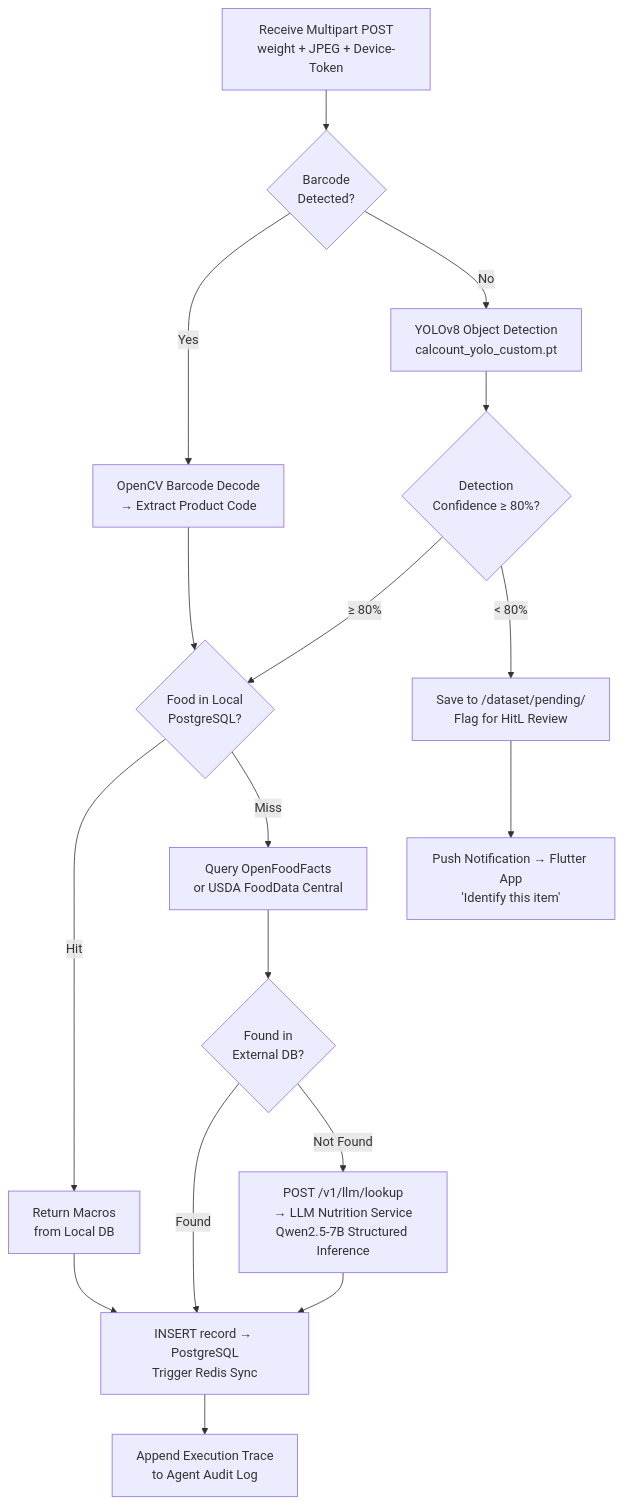
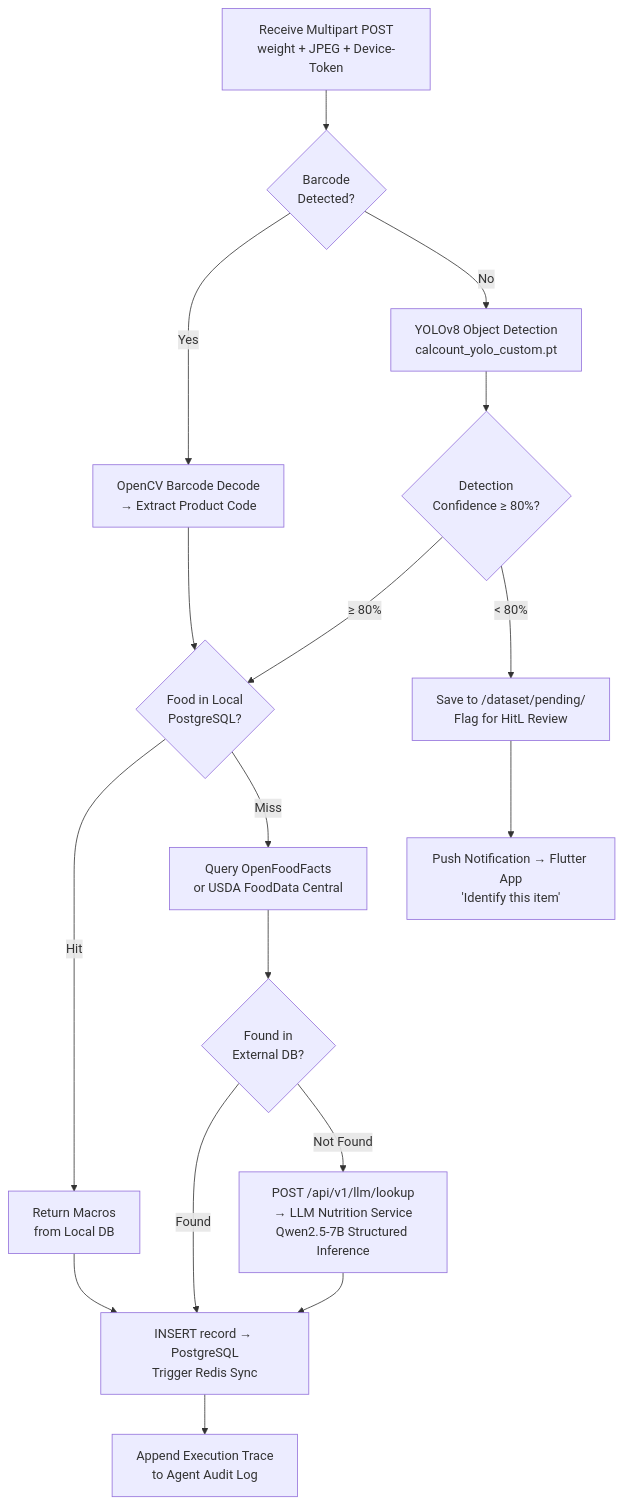
Before and after one commit to NutriX-Intelligence/NutriX-Platform: the second of 12 diagrams in docs/AGENTIC-architecture_forPaper.md, drawn with Mermaid. The commit also changed 20 other files, not shown here.

````diff
--- a/docs/AGENTIC-architecture_forPaper.md
+++ b/docs/AGENTIC-architecture_forPaper.md
@@ -126,28 +126,28 @@
 ```mermaid
 flowchart TD
     IN["Receive Multipart POST\nweight + JPEG + Device-Token"]
     BAR{"Barcode\nDetected?"}
     BCD["OpenCV Barcode Decode\n→ Extract Product Code"]
     YOLO["YOLOv8 Object Detection\ncalcount_yolo_custom.pt"]
     CONF{"Detection\nConfidence ≥ 80%?"}
     PEND["Save to /dataset/pending/\nFlag for HitL Review"]
     NOTIFY["Push Notification → Flutter App\n'Identify this item'"]
     PGDB{"Food in Local\nPostgreSQL?"}
     PGRET["Return Macros\nfrom Local DB"]
     EXTDB["Query OpenFoodFacts\nor USDA FoodData Central"]
     EXTFOUND{"Found in\nExternal DB?"}
-    LLMCALL["POST /v1/llm/lookup\n→ LLM Nutrition Service\nQwen2.5-7B Structured Inference"]
+    LLMCALL["POST /api/v1/llm/lookup\n→ LLM Nutrition Service\nQwen2.5-7B Structured Inference"]
     SAVE["INSERT record → PostgreSQL\nTrigger Redis Sync"]
     LOG["Append Execution Trace\nto Agent Audit Log"]
 
     IN --> BAR
     BAR -->|"Yes"| BCD --> PGDB
     BAR -->|"No"| YOLO --> CONF
     CONF -->|"≥ 80%"| PGDB
     CONF -->|"< 80%"| PEND --> NOTIFY
     PGDB -->|"Hit"| PGRET --> SAVE
     PGDB -->|"Miss"| EXTDB --> EXTFOUND
     EXTFOUND -->|"Found"| SAVE
     EXTFOUND -->|"Not Found"| LLMCALL --> SAVE
     SAVE --> LOG
 ```
````
